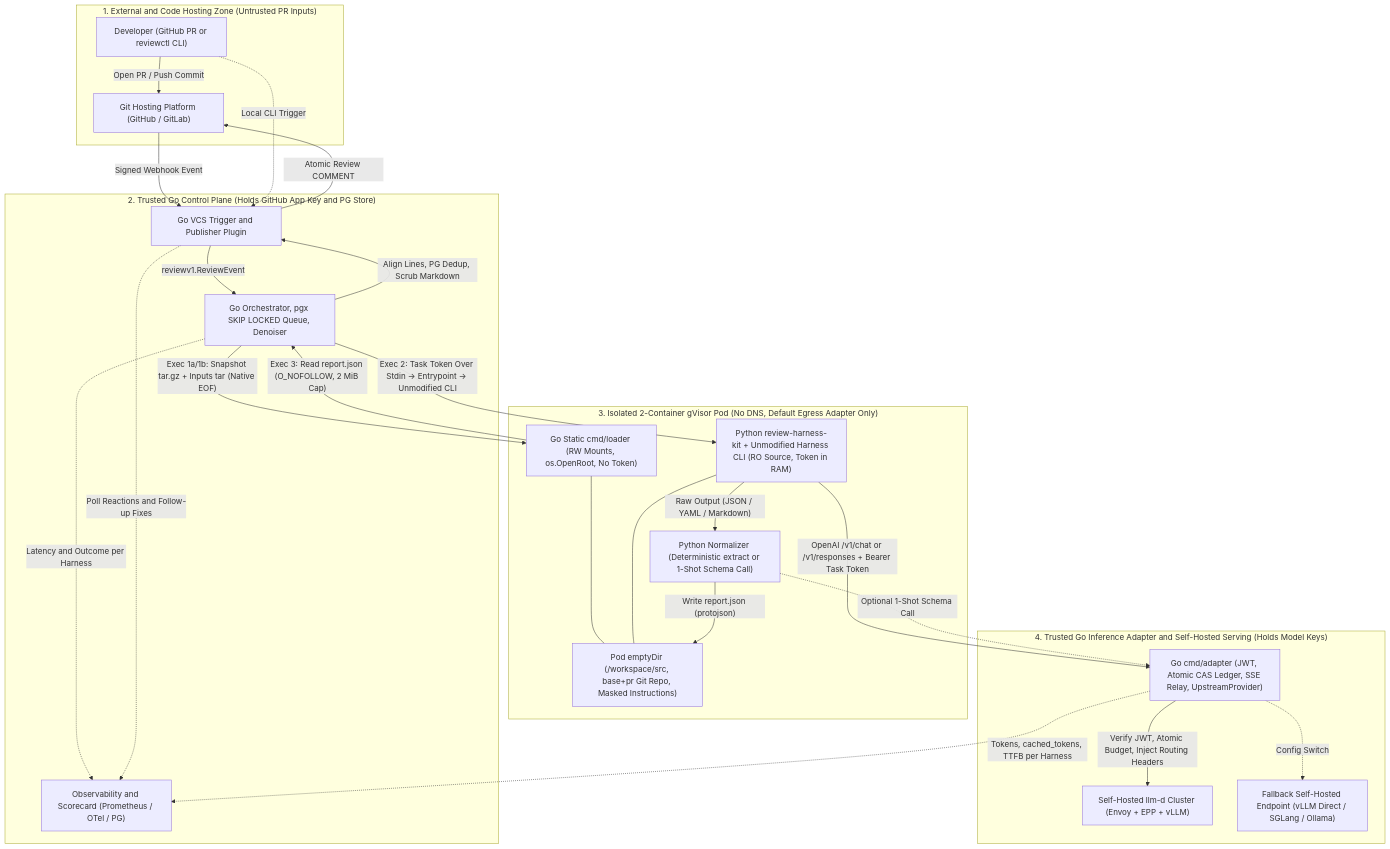
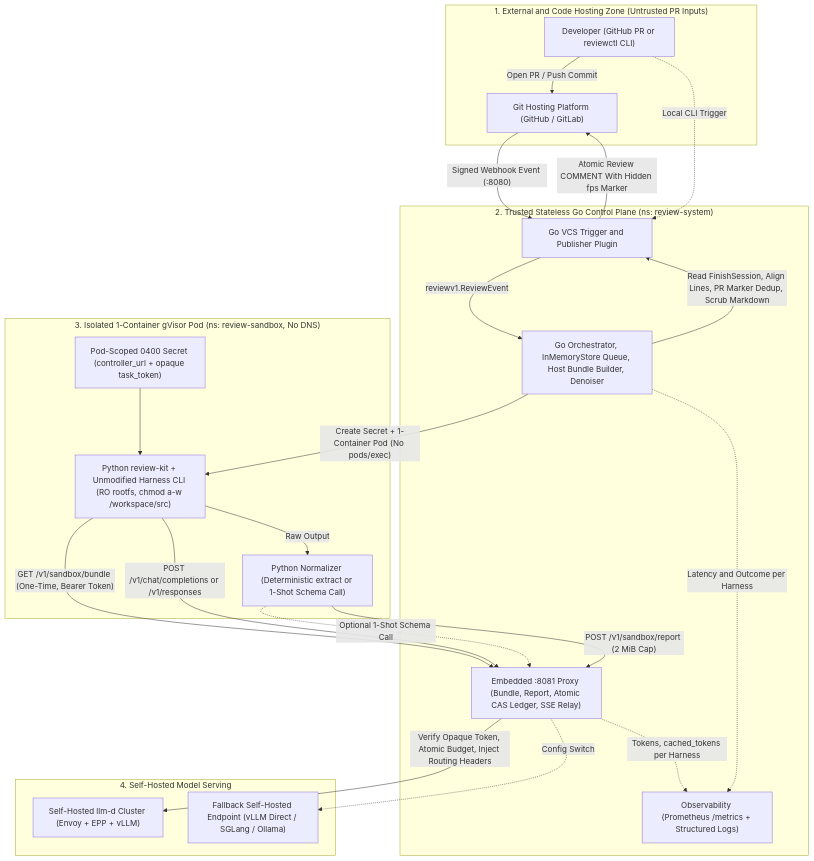
One commit to zetxqx/review-agent-infra changed the first of 4 diagrams in docs/design/hld.md. Above: the diagram before and after it, drawn with Mermaid. The commit also changed other lines of this file and 79 other files, not shown here.

Commit message:
Consolidate review-agent-infra into three stateless artifacts with embedded sandbox proxy, single-container pods, and PR marker deduplication.

````diff
--- a/docs/design/hld.md
+++ b/docs/design/hld.md
@@ -32,47 +32,43 @@
 ```mermaid
 flowchart TB
     subgraph SG_EXT ["1. External and Code Hosting Zone (Untrusted PR Inputs)"]
         Dev["Developer (GitHub PR or reviewctl CLI)"]
         GitHost["Git Hosting Platform (GitHub / GitLab)"]
     end
 
-    subgraph SG_CTRL ["2. Trusted Go Control Plane (Holds GitHub App Key and PG Store)"]
+    subgraph SG_CTRL ["2. Trusted Stateless Go Control Plane (ns: review-system)"]
         VCS["Go VCS Trigger and Publisher Plugin"]
-        Orch["Go Orchestrator, pgx SKIP LOCKED Queue, Denoiser"]
-        Obs["Observability and Scorecard (Prometheus / OTel / PG)"]
+        Orch["Go Orchestrator, InMemoryStore Queue, Host Bundle Builder, Denoiser"]
+        Proxy["Embedded :8081 Proxy (Bundle, Report, Atomic CAS Ledger, SSE Relay)"]
+        Obs["Observability (Prometheus /metrics + Structured Logs)"]
     end
 
-    subgraph SG_SANDBOX ["3. Isolated 2-Container gVisor Pod (No DNS, Default Egress Adapter Only)"]
-        Loader["Go Static cmd/loader (RW Mounts, os.OpenRoot, No Token)"]
-        Workspace["Pod emptyDir (/workspace/src, base+pr Git Repo, Masked Instructions)"]
-        Harness["Python review-harness-kit + Unmodified Harness CLI (RO Source, Token in RAM)"]
+    subgraph SG_SANDBOX ["3. Isolated 1-Container gVisor Pod (ns: review-sandbox, No DNS)"]
+        Secret["Pod-Scoped 0400 Secret (controller_url + opaque task_token)"]
+        Kit["Python review-kit + Unmodified Harness CLI (RO rootfs, chmod a-w /workspace/src)"]
         Norm["Python Normalizer (Deterministic extract or 1-Shot Schema Call)"]
     end
 
-    subgraph SG_INFER ["4. Trusted Go Inference Adapter and Self-Hosted Serving (Holds Model Keys)"]
-        Infer["Go cmd/adapter (JWT, Atomic CAS Ledger, SSE Relay, UpstreamProvider)"]
+    subgraph SG_INFER ["4. Self-Hosted Model Serving"]
         LLMD["Self-Hosted llm-d Cluster (Envoy + EPP + vLLM)"]
         LocalLLM["Fallback Self-Hosted Endpoint (vLLM Direct / SGLang / Ollama)"]
     end
 
     Dev -->|"Open PR / Push Commit"| GitHost
-    GitHost -->|"Signed Webhook Event"| VCS
+    GitHost -->|"Signed Webhook Event (:8080)"| VCS
     Dev -.->|"Local CLI Trigger"| VCS
     VCS -->|"reviewv1.ReviewEvent"| Orch
-    Orch -->|"Exec 1a/1b: Snapshot tar.gz + Inputs tar (Native EOF)"| Loader
-    Loader --- Workspace
-    Orch -->|"Exec 2: Task Token Over Stdin -> Entrypoint -> Unmodified CLI"| Harness
-    Harness --- Workspace
-    Harness -->|"Raw Output (JSON / YAML / Markdown)"| Norm
-    Norm -->|"Write report.json (protojson)"| Workspace
-    Loader -->|"Exec 3: Read report.json (O_NOFOLLOW, 2 MiB Cap)"| Orch
-    Harness -->|"OpenAI /v1/chat or /v1/responses + Bearer Task Token"| Infer
-    Norm -.->|"Optional 1-Shot Schema Call"| Infer
-    Infer -->|"Verify JWT, Atomic Budget, Inject Routing Headers"| LLMD
-    Infer -.->|"Config Switch"| LocalLLM
-    Orch -->|"Align Lines, PG Dedup, Scrub Markdown"| VCS
-    VCS -->|"Atomic Review COMMENT"| GitHost
-    Infer -.->|"Tokens, cached_tokens, TTFB per Harness"| Obs
+    Orch -->|"Create Secret + 1-Container Pod (No pods/exec)"| Kit
+    Secret --> Kit
+    Kit -->|"GET /v1/sandbox/bundle (One-Time, Bearer Token)"| Proxy
+    Kit -->|"POST /v1/chat/completions or /v1/responses"| Proxy
+    Kit -->|"Raw Output"| Norm
+    Norm -.->|"Optional 1-Shot Schema Call"| Proxy
+    Norm -->|"POST /v1/sandbox/report (2 MiB Cap)"| Proxy
+    Proxy -->|"Verify Opaque Token, Atomic Budget, Inject Routing Headers"| LLMD
+    Proxy -.->|"Config Switch"| LocalLLM
+    Orch -->|"Read FinishSession, Align Lines, PR Marker Dedup, Scrub Markdown"| VCS
+    VCS -->|"Atomic Review COMMENT With Hidden fps Marker"| GitHost
+    Proxy -.->|"Tokens, cached_tokens per Harness"| Obs
     Orch -.->|"Latency and Outcome per Harness"| Obs
-    VCS -.->|"Poll Reactions and Follow-up Fixes"| Obs
 ```
````
